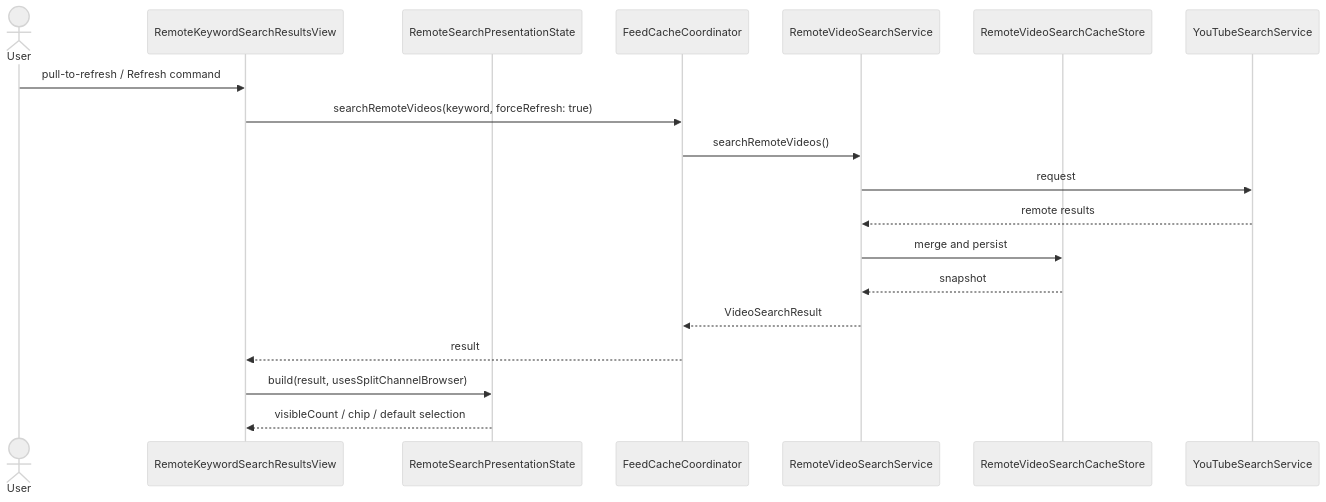
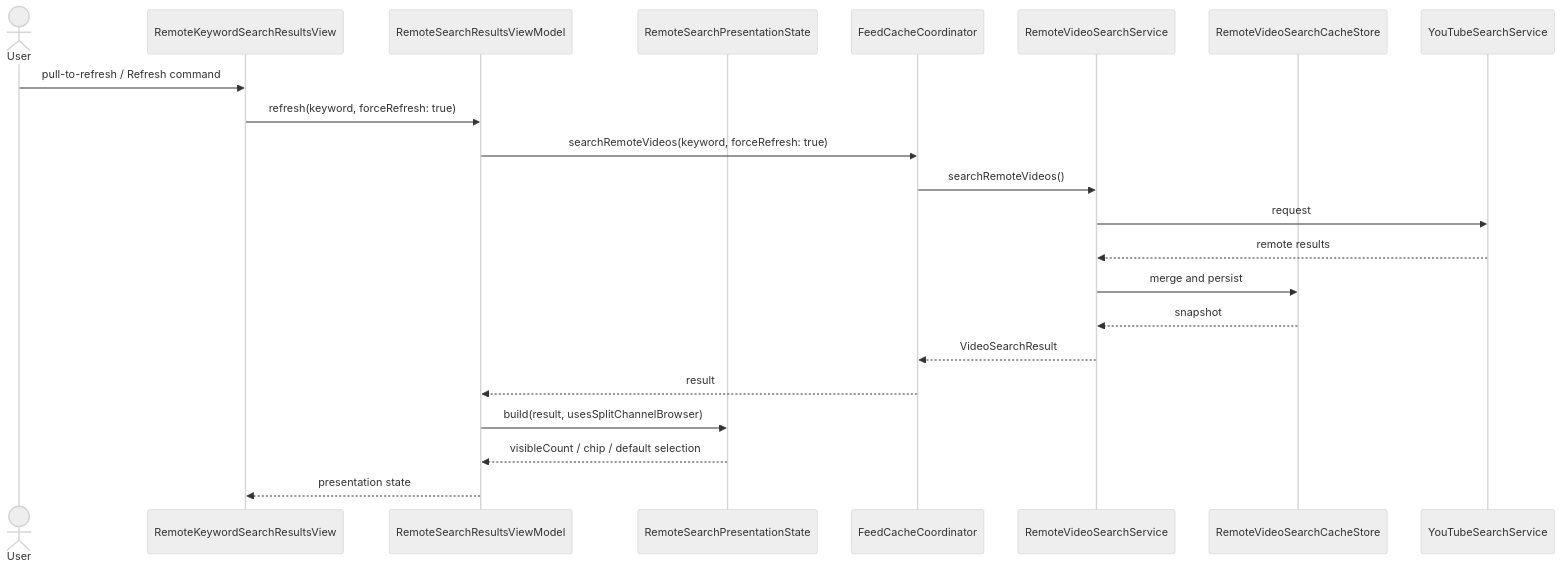
The sixth of 6 diagrams in docs/human-view/design-overview.md (horikuma/YoutubeFeeder), drawn with Mermaid (neutral theme) before and after one commit. The commit also changed other lines of this file and 2 other files, not shown here.

````diff
--- a/docs/human-view/design-overview.md
+++ b/docs/human-view/design-overview.md
@@ -145,22 +155,25 @@
 ```mermaid
 sequenceDiagram
     actor User
     participant View as RemoteKeywordSearchResultsView
-    participant State as RemoteSearchPresentationState
+    participant VM as RemoteSearchResultsViewModel
+    participant Logic as RemoteSearchPresentationState
     participant Coord as FeedCacheCoordinator
     participant Search as RemoteVideoSearchService
     participant Cache as RemoteVideoSearchCacheStore
     participant API as YouTubeSearchService
 
     User->>View: pull-to-refresh / Refresh command
-    View->>Coord: searchRemoteVideos(keyword, forceRefresh: true)
+    View->>VM: refresh(keyword, forceRefresh: true)
+    VM->>Coord: searchRemoteVideos(keyword, forceRefresh: true)
     Coord->>Search: searchRemoteVideos()
     Search->>API: request
     API-->>Search: remote results
     Search->>Cache: merge and persist
     Cache-->>Search: snapshot
     Search-->>Coord: VideoSearchResult
-    Coord-->>View: result
-    View->>State: build(result, usesSplitChannelBrowser)
-    State-->>View: visibleCount / chip / default selection
+    Coord-->>VM: result
+    VM->>Logic: build(result, usesSplitChannelBrowser)
+    Logic-->>VM: visibleCount / chip / default selection
+    VM-->>View: presentation state
 ```
````
